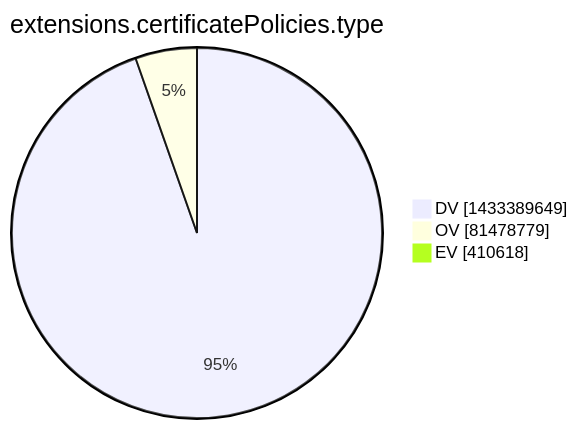
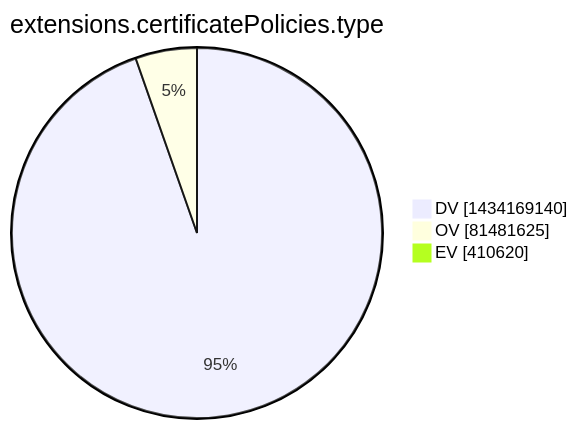
Before and after one commit to christiankrug/ctmonitor_visualization: the tenth of 15 diagrams in xenon2022/README.md, drawn with Mermaid. The commit also changed other lines of this file, not shown here.

````diff
--- a/xenon2022/README.md
+++ b/xenon2022/README.md
@@ -2867,7 +2867,7 @@
 ```mermaid
 pie showData
 title extensions.certificatePolicies.type
-"DV" :1433389649
-"OV" :81478779
-"EV" :410618
+"DV" :1434169140
+"OV" :81481625
+"EV" :410620
 ```
````
